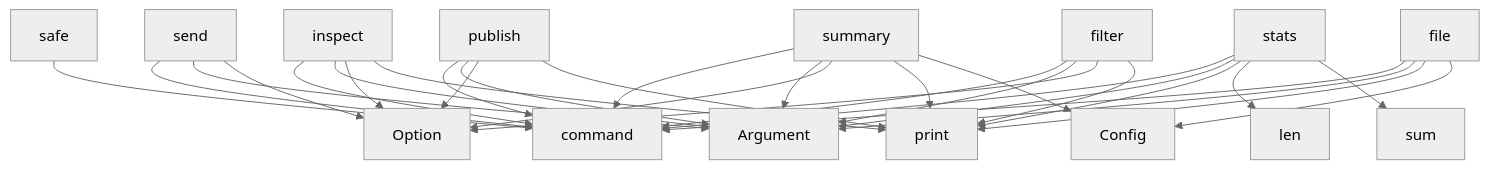
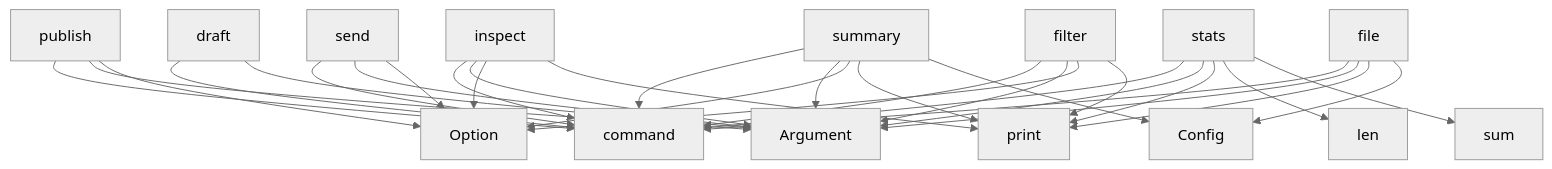
Before and after one commit to semcod/tagi: the diagram in project/context.md, drawn with Mermaid (neutral theme). The commit also changed other lines of this file and 36 other files, not shown here.

````diff
--- a/project/context.md
+++ b/project/context.md
@@ -411,33 +412,33 @@
 ```mermaid
 graph TD
     summary --> command
     summary --> Argument
     summary --> Option
     summary --> print
     summary --> Config
     stats --> command
     stats --> Argument
     stats --> print
     stats --> len
     stats --> sum
     inspect --> command
     inspect --> Argument
     inspect --> Option
     inspect --> print
     publish --> command
     publish --> Argument
     publish --> Option
-    publish --> print
     send --> command
     send --> Argument
     send --> Option
     filter --> command
     filter --> Argument
     filter --> Option
     filter --> print
     file --> command
     file --> Argument
     file --> print
     file --> Config
-    safe --> command
+    draft --> command
+    draft --> Argument
 ```
````
